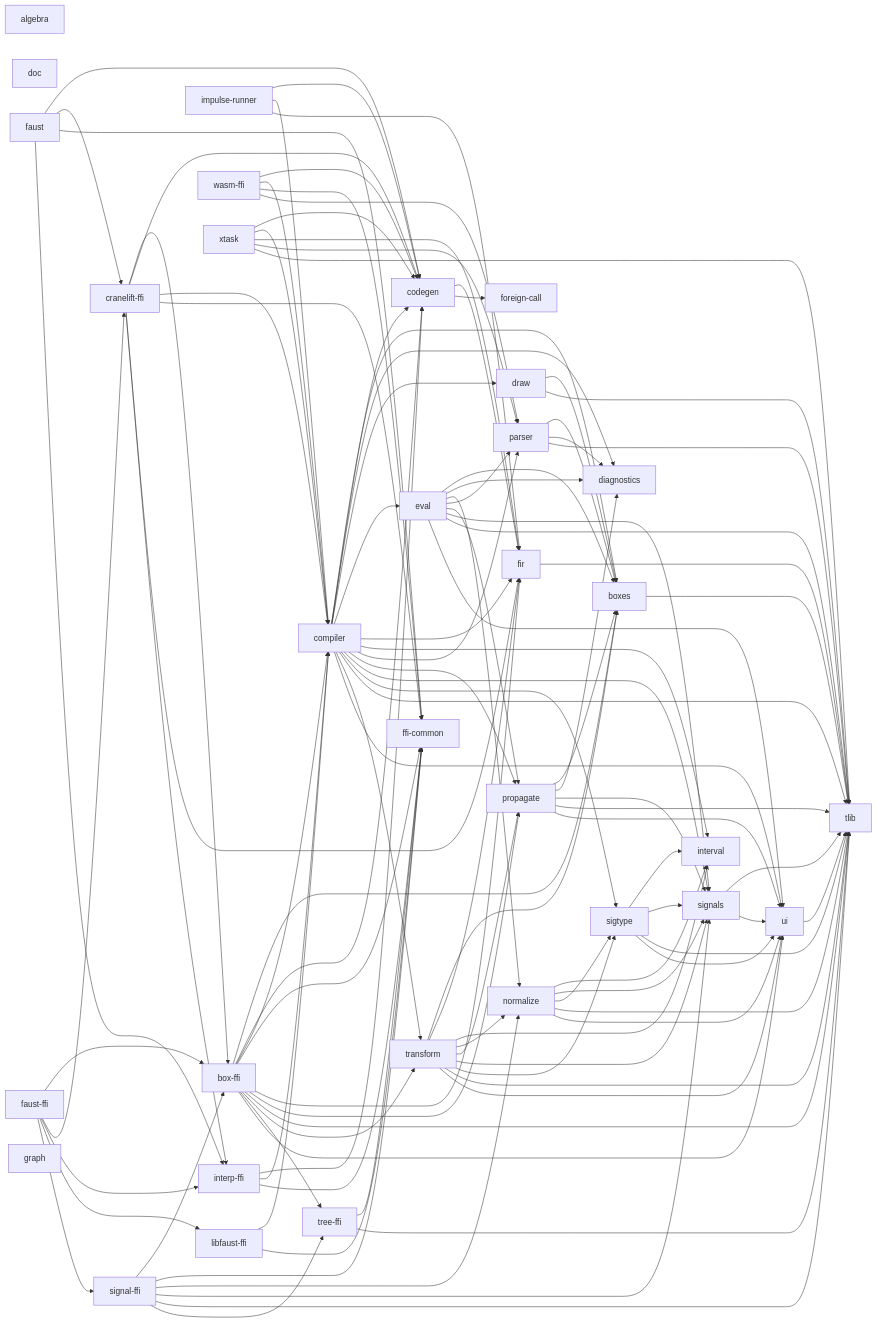
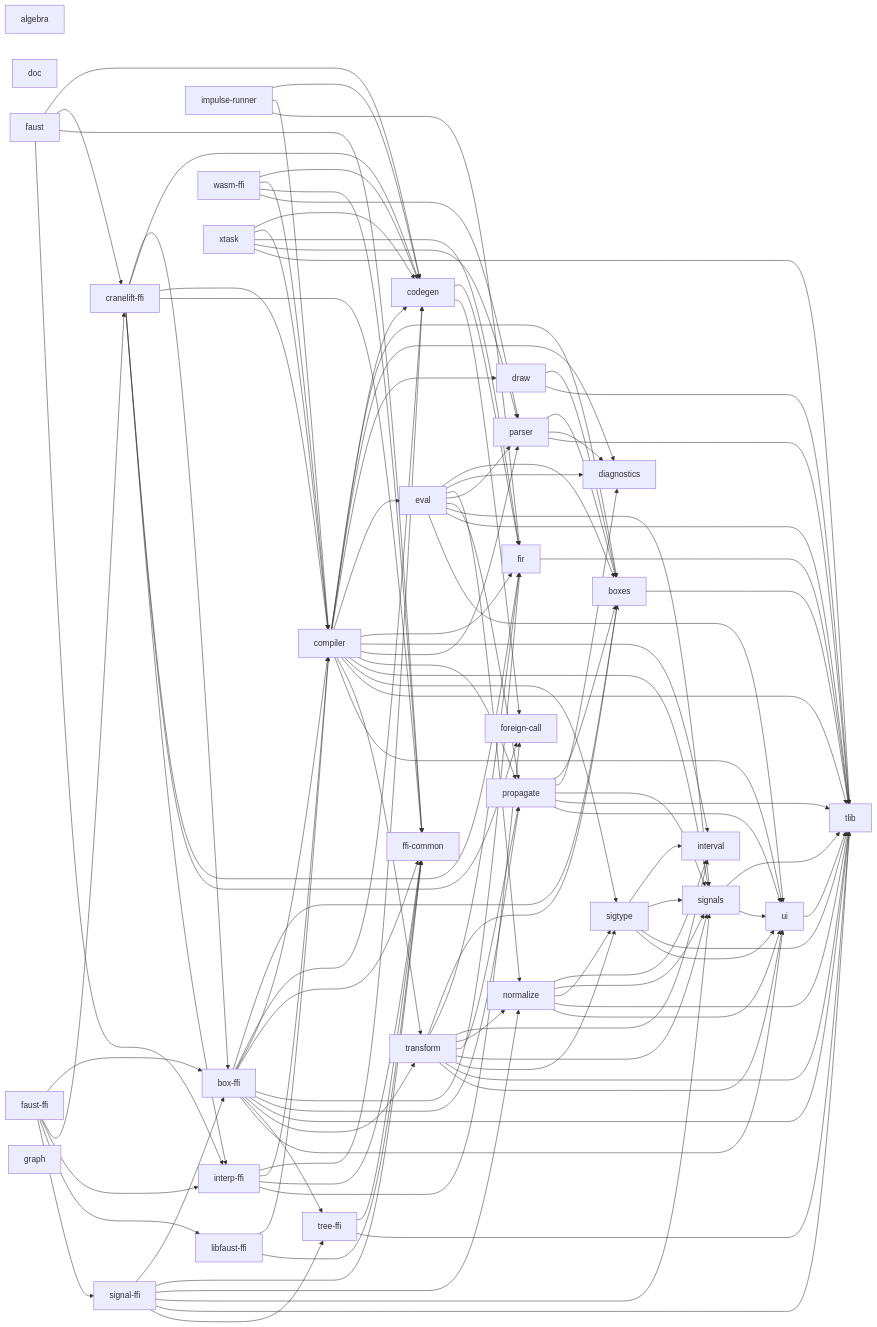
Before and after one commit to grame-cncm/faust-rs: the diagram in docs/code-graphs/internal-crate-deps.mmd, drawn with Mermaid. The commit also changed 21 other files, not shown here.

```diff
--- a/docs/code-graphs/internal-crate-deps.mmd
+++ b/docs/code-graphs/internal-crate-deps.mmd
@@ -1,140 +1,142 @@
 flowchart LR
     crate_algebra["algebra"]
     crate_box_ffi["box-ffi"]
     crate_boxes["boxes"]
     crate_codegen["codegen"]
     crate_compiler["compiler"]
     crate_cranelift_ffi["cranelift-ffi"]
     crate_diagnostics["diagnostics"]
     crate_doc["doc"]
     crate_draw["draw"]
     crate_eval["eval"]
     crate_faust["faust"]
     crate_faust_ffi["faust-ffi"]
     crate_ffi_common["ffi-common"]
     crate_fir["fir"]
     crate_foreign_call["foreign-call"]
     crate_graph["graph"]
     crate_impulse_runner["impulse-runner"]
     crate_interp_ffi["interp-ffi"]
     crate_interval["interval"]
     crate_libfaust_ffi["libfaust-ffi"]
     crate_normalize["normalize"]
     crate_parser["parser"]
     crate_propagate["propagate"]
     crate_signal_ffi["signal-ffi"]
     crate_signals["signals"]
     crate_sigtype["sigtype"]
     crate_tlib["tlib"]
     crate_transform["transform"]
     crate_tree_ffi["tree-ffi"]
     crate_ui["ui"]
     crate_wasm_ffi["wasm-ffi"]
     crate_xtask["xtask"]
     crate_box_ffi --> crate_boxes
     crate_box_ffi --> crate_codegen
     crate_box_ffi --> crate_compiler
     crate_box_ffi --> crate_ffi_common
     crate_box_ffi --> crate_fir
     crate_box_ffi --> crate_propagate
     crate_box_ffi --> crate_tlib
     crate_box_ffi --> crate_transform
     crate_box_ffi --> crate_tree_ffi
     crate_box_ffi --> crate_ui
     crate_boxes --> crate_tlib
     crate_codegen --> crate_fir
     crate_codegen --> crate_foreign_call
     crate_compiler --> crate_boxes
     crate_compiler --> crate_codegen
     crate_compiler --> crate_diagnostics
     crate_compiler --> crate_draw
     crate_compiler --> crate_eval
     crate_compiler --> crate_fir
     crate_compiler --> crate_interval
     crate_compiler --> crate_parser
     crate_compiler --> crate_propagate
     crate_compiler --> crate_signals
     crate_compiler --> crate_sigtype
     crate_compiler --> crate_tlib
     crate_compiler --> crate_transform
     crate_compiler --> crate_ui
     crate_cranelift_ffi --> crate_box_ffi
     crate_cranelift_ffi --> crate_codegen
     crate_cranelift_ffi --> crate_compiler
     crate_cranelift_ffi --> crate_ffi_common
     crate_cranelift_ffi --> crate_fir
+    crate_cranelift_ffi --> crate_foreign_call
     crate_cranelift_ffi --> crate_interp_ffi
     crate_draw --> crate_boxes
     crate_draw --> crate_tlib
     crate_eval --> crate_boxes
     crate_eval --> crate_diagnostics
     crate_eval --> crate_normalize
     crate_eval --> crate_parser
     crate_eval --> crate_propagate
     crate_eval --> crate_signals
     crate_eval --> crate_tlib
     crate_eval --> crate_ui
     crate_faust --> crate_codegen
     crate_faust --> crate_cranelift_ffi
     crate_faust --> crate_ffi_common
     crate_faust --> crate_interp_ffi
     crate_faust_ffi --> crate_box_ffi
     crate_faust_ffi --> crate_cranelift_ffi
     crate_faust_ffi --> crate_interp_ffi
     crate_faust_ffi --> crate_libfaust_ffi
     crate_faust_ffi --> crate_signal_ffi
     crate_fir --> crate_tlib
     crate_impulse_runner --> crate_codegen
     crate_impulse_runner --> crate_compiler
     crate_impulse_runner --> crate_fir
     crate_interp_ffi --> crate_codegen
     crate_interp_ffi --> crate_compiler
     crate_interp_ffi --> crate_ffi_common
+    crate_interp_ffi --> crate_foreign_call
     crate_libfaust_ffi --> crate_compiler
     crate_libfaust_ffi --> crate_ffi_common
     crate_normalize --> crate_interval
     crate_normalize --> crate_signals
     crate_normalize --> crate_sigtype
     crate_normalize --> crate_tlib
     crate_normalize --> crate_ui
     crate_parser --> crate_boxes
     crate_parser --> crate_diagnostics
     crate_parser --> crate_tlib
     crate_propagate --> crate_boxes
     crate_propagate --> crate_diagnostics
     crate_propagate --> crate_signals
     crate_propagate --> crate_tlib
     crate_propagate --> crate_ui
     crate_signal_ffi --> crate_box_ffi
     crate_signal_ffi --> crate_ffi_common
     crate_signal_ffi --> crate_normalize
     crate_signal_ffi --> crate_signals
     crate_signal_ffi --> crate_tlib
     crate_signal_ffi --> crate_tree_ffi
     crate_signals --> crate_tlib
     crate_signals --> crate_ui
     crate_sigtype --> crate_interval
     crate_sigtype --> crate_signals
     crate_sigtype --> crate_tlib
     crate_sigtype --> crate_ui
     crate_transform --> crate_boxes
     crate_transform --> crate_fir
     crate_transform --> crate_interval
     crate_transform --> crate_normalize
     crate_transform --> crate_propagate
     crate_transform --> crate_signals
     crate_transform --> crate_sigtype
     crate_transform --> crate_tlib
     crate_transform --> crate_ui
     crate_tree_ffi --> crate_ffi_common
     crate_tree_ffi --> crate_tlib
     crate_ui --> crate_tlib
     crate_wasm_ffi --> crate_codegen
     crate_wasm_ffi --> crate_compiler
     crate_wasm_ffi --> crate_ffi_common
     crate_wasm_ffi --> crate_parser
     crate_xtask --> crate_codegen
     crate_xtask --> crate_compiler
     crate_xtask --> crate_fir
     crate_xtask --> crate_parser
     crate_xtask --> crate_tlib
```
